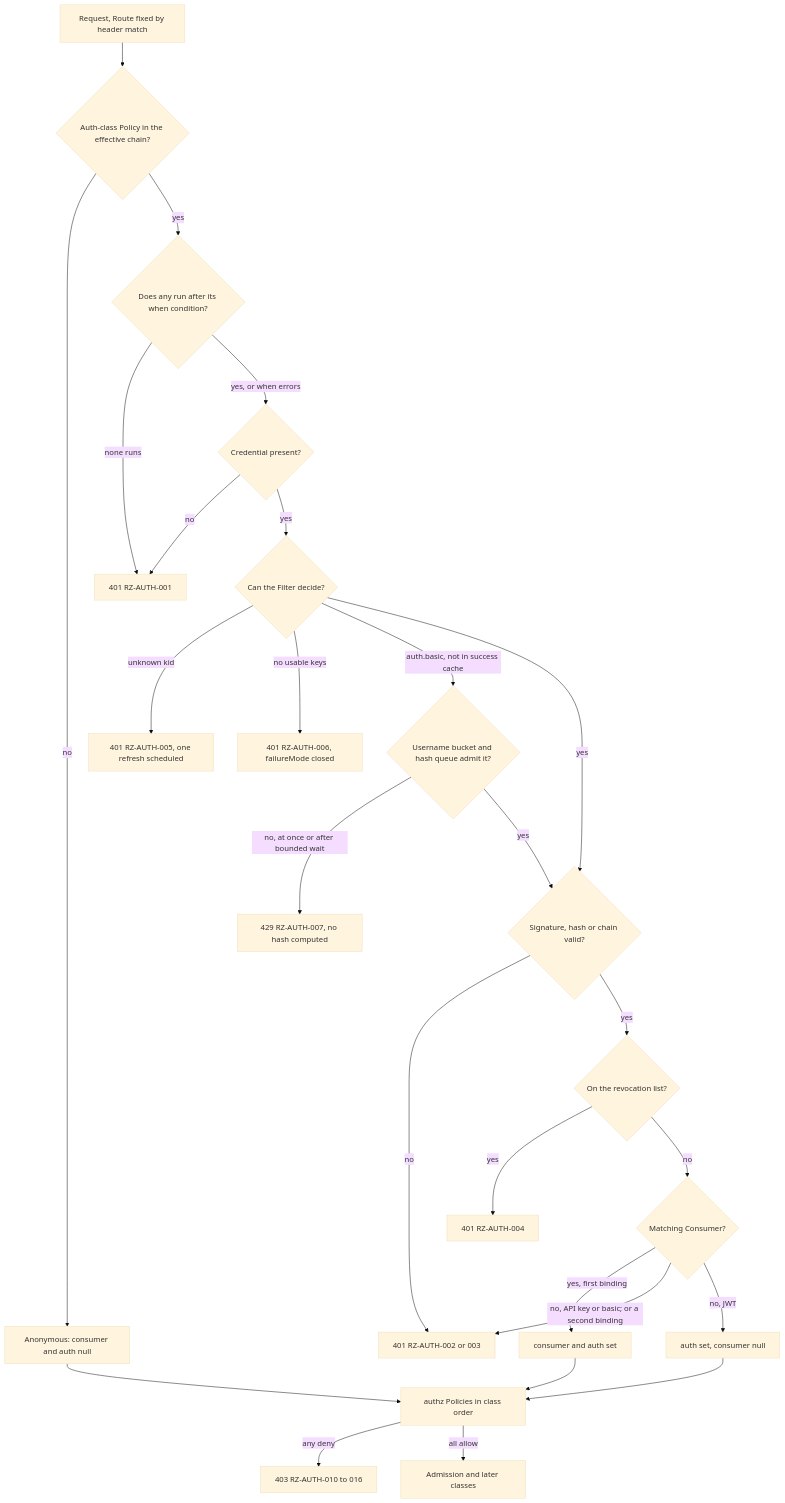
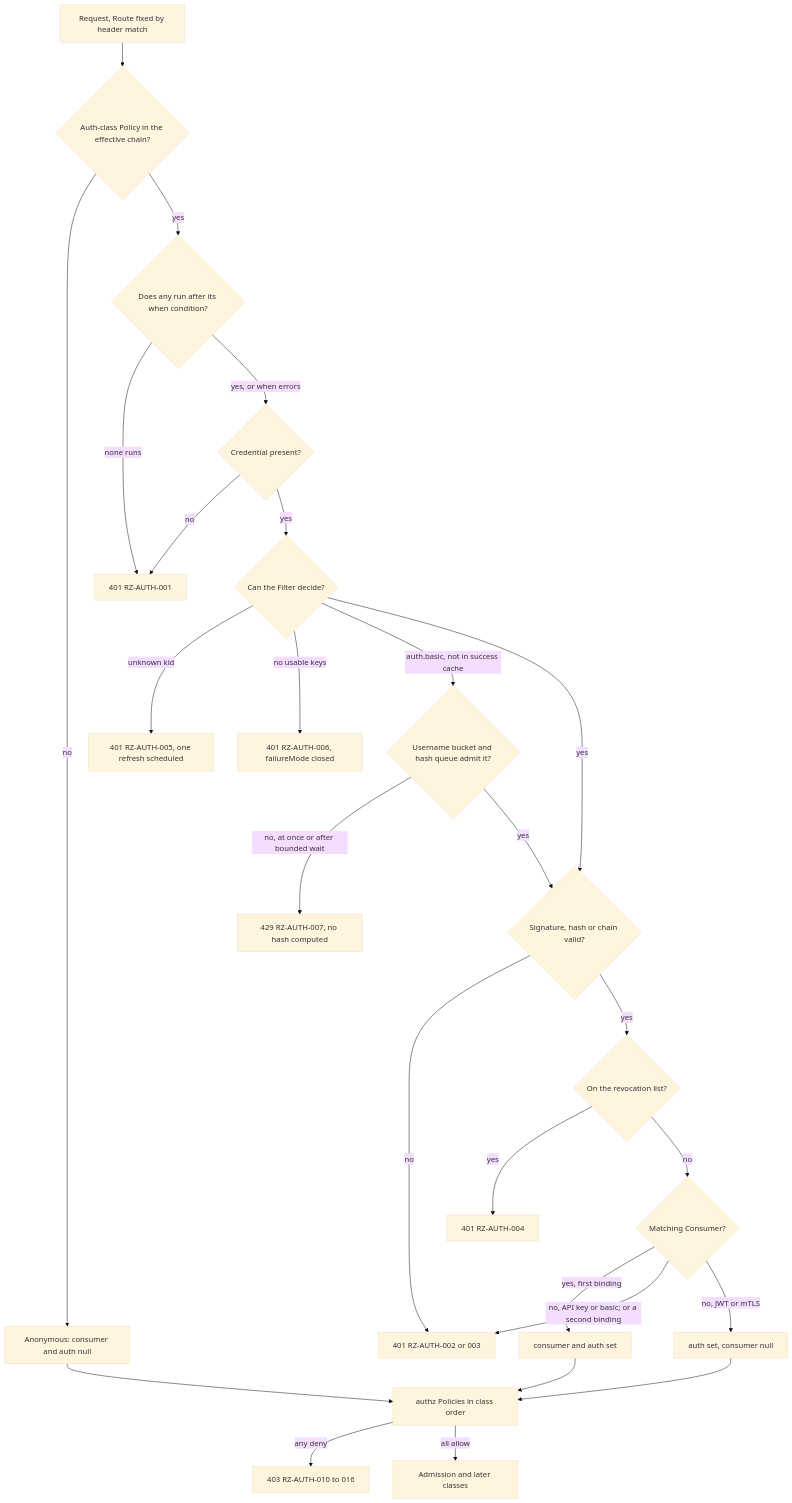
One commit to ravindu-rev/ruralz changed the second of 3 diagrams in docs/architecture/08-security-and-identity.md. Above: the diagram before and after it, drawn with Mermaid (base theme). The commit also changed other lines of this file and 7 other files, not shown here.

````diff
--- a/docs/architecture/08-security-and-identity.md
+++ b/docs/architecture/08-security-and-identity.md
@@ -179,28 +179,28 @@
 ```mermaid
 flowchart TD
     A["Request, Route fixed by header match"] --> B{"Auth-class Policy in the effective chain?"}
     B -- "no" --> AN["Anonymous: consumer and auth null"]
     B -- "yes" --> W{"Does any run after its when condition?"}
     W -- "none runs" --> R1["401 RZ-AUTH-001"]
     W -- "yes, or when errors" --> C{"Credential present?"}
     C -- "no" --> R1
     C -- "yes" --> D{"Can the Filter decide?"}
     D -- "unknown kid" --> R5["401 RZ-AUTH-005, one refresh scheduled"]
     D -- "no usable keys" --> R6["401 RZ-AUTH-006, failureMode closed"]
     D -- "auth.basic, not in success cache" --> L{"Username bucket and hash queue admit it?"}
     L -- "no, at once or after bounded wait" --> R7["429 RZ-AUTH-007, no hash computed"]
     L -- "yes" --> E{"Signature, hash or chain valid?"}
     D -- "yes" --> E
     E -- "no" --> R2["401 RZ-AUTH-002 or 003"]
     E -- "yes" --> F{"On the revocation list?"}
     F -- "yes" --> R4["401 RZ-AUTH-004"]
     F -- "no" --> G{"Matching Consumer?"}
     G -- "yes, first binding" --> H["consumer and auth set"]
     G -- "no, API key or basic; or a second binding" --> R2
-    G -- "no, JWT" --> J["auth set, consumer null"]
+    G -- "no, JWT or mTLS" --> J["auth set, consumer null"]
     AN --> Z["authz Policies in class order"]
     H --> Z
     J --> Z
     Z -- "any deny" --> R3["403 RZ-AUTH-010 to 016"]
     Z -- "all allow" --> OK["Admission and later classes"]
 ```
````
